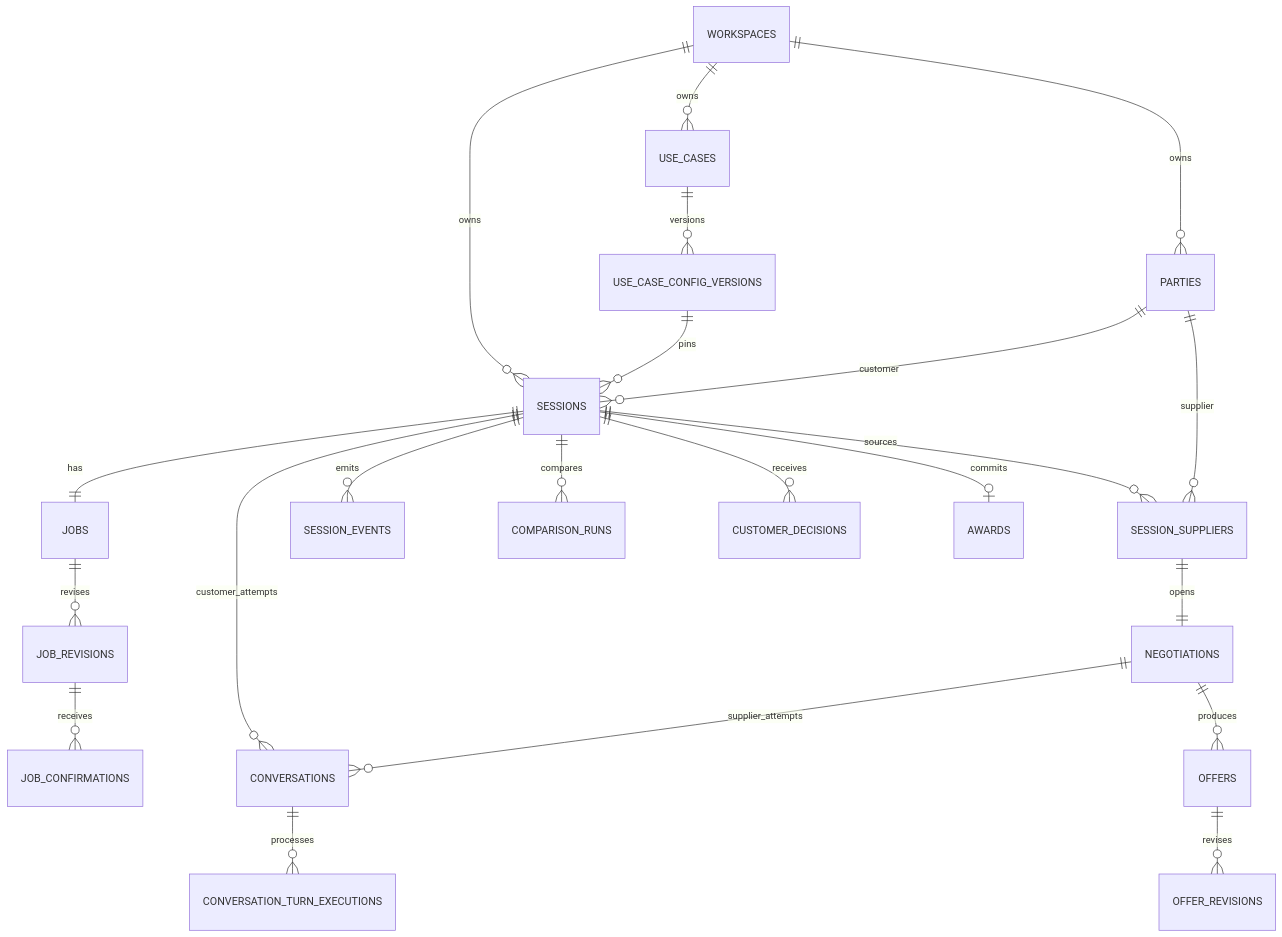
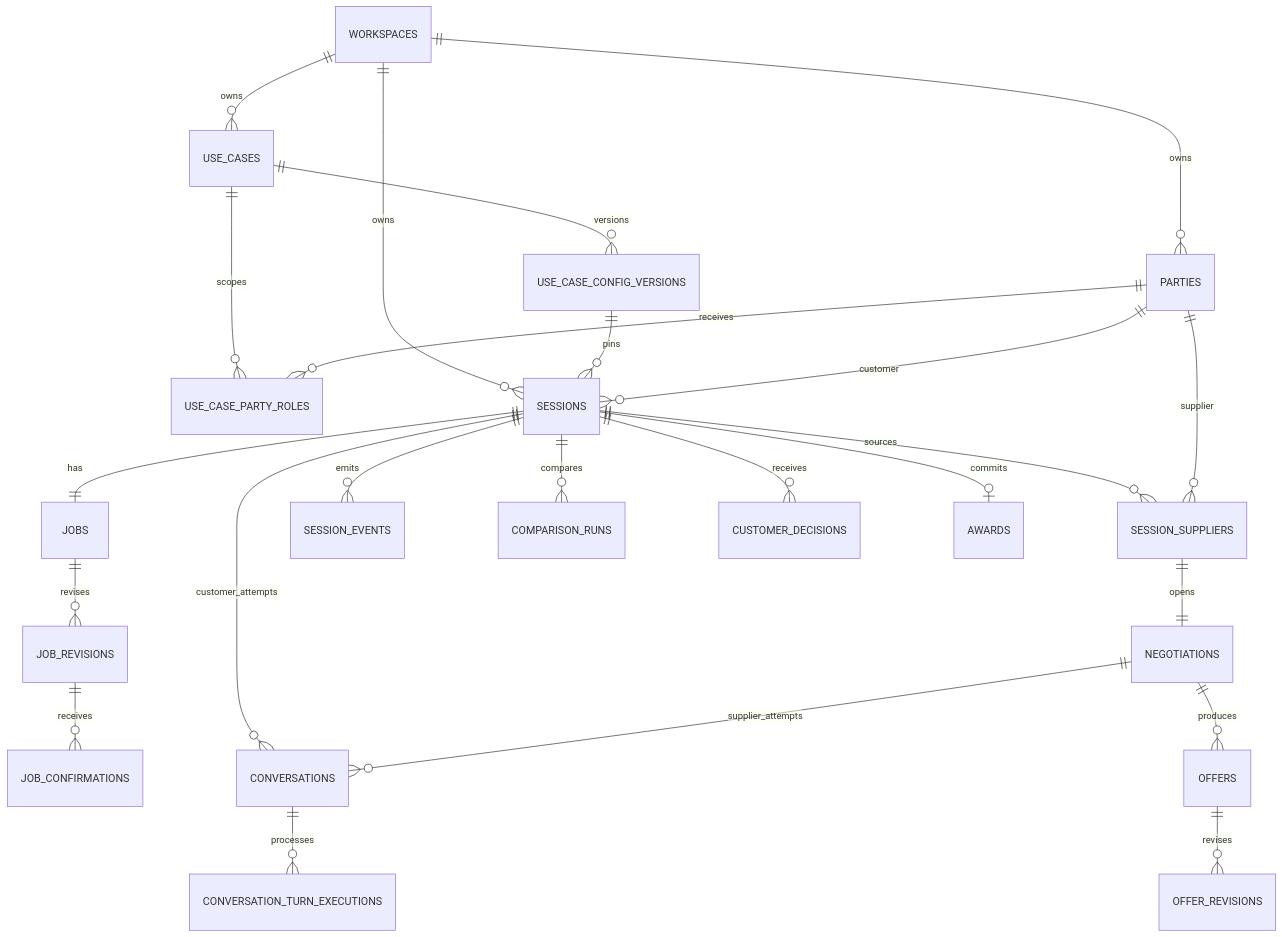
One commit to ralfboltshauser/hack-nation-2026_pacta changed the diagram in docs/architecture/database-schema.md. Above: the diagram before and after it, drawn with Mermaid. The commit also changed other lines of this file and 6 other files, not shown here.

Commit message:
feat(db): add use-case CRM party roles

````diff
--- a/docs/architecture/database-schema.md
+++ b/docs/architecture/database-schema.md
@@ -185,24 +185,26 @@
 ```mermaid
 erDiagram
     WORKSPACES ||--o{ USE_CASES : owns
     USE_CASES ||--o{ USE_CASE_CONFIG_VERSIONS : versions
     WORKSPACES ||--o{ PARTIES : owns
+    USE_CASES ||--o{ USE_CASE_PARTY_ROLES : scopes
+    PARTIES ||--o{ USE_CASE_PARTY_ROLES : receives
     WORKSPACES ||--o{ SESSIONS : owns
     USE_CASE_CONFIG_VERSIONS ||--o{ SESSIONS : pins
     PARTIES ||--o{ SESSIONS : customer
     SESSIONS ||--|| JOBS : has
     JOBS ||--o{ JOB_REVISIONS : revises
     JOB_REVISIONS ||--o{ JOB_CONFIRMATIONS : receives
     SESSIONS ||--o{ SESSION_SUPPLIERS : sources
     PARTIES ||--o{ SESSION_SUPPLIERS : supplier
     SESSION_SUPPLIERS ||--|| NEGOTIATIONS : opens
     SESSIONS ||--o{ CONVERSATIONS : customer_attempts
     NEGOTIATIONS ||--o{ CONVERSATIONS : supplier_attempts
     CONVERSATIONS ||--o{ CONVERSATION_TURN_EXECUTIONS : processes
     NEGOTIATIONS ||--o{ OFFERS : produces
     OFFERS ||--o{ OFFER_REVISIONS : revises
     SESSIONS ||--o{ SESSION_EVENTS : emits
     SESSIONS ||--o{ COMPARISON_RUNS : compares
     SESSIONS ||--o{ CUSTOMER_DECISIONS : receives
     SESSIONS ||--o| AWARDS : commits
 ```
````
